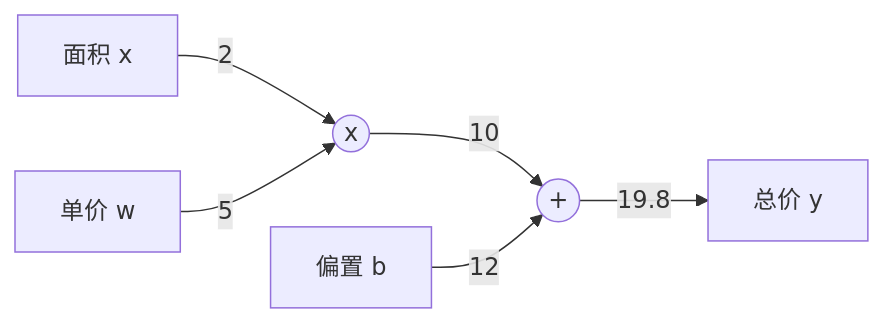
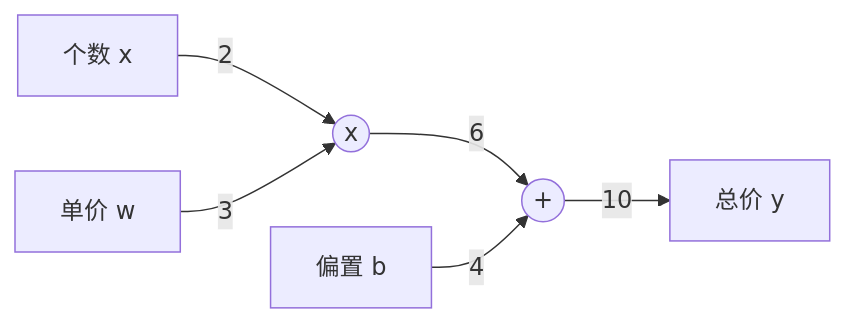
Before and after one commit to Zeng-Yan/DeepLearningNotebook: the first of 2 diagrams in 2.1 pytorch基础.md, drawn with Mermaid. The commit also changed other lines of this file and 3 other files, not shown here.

````diff
--- a/2.1 pytorch基础.md
+++ b/2.1 pytorch基础.md
@@ -167,13 +173,13 @@
 ```mermaid
 graph LR
 
-11[面积 x] -->|2| 21((x))
-12[单价 w] -->|5| 21
+11[个数 x] -->|2| 21((x))
+12[单价 w] -->|3| 21
 
 
-21 -->|10| 31((+))
-22[偏置 b] -->|12| 31
+21 -->|6| 31((+))
+22[偏置 b] -->|4| 31
 
 
-31 -->|19.8| 51[总价 y]
+31 -->|10| 51[总价 y]
 ```
````
